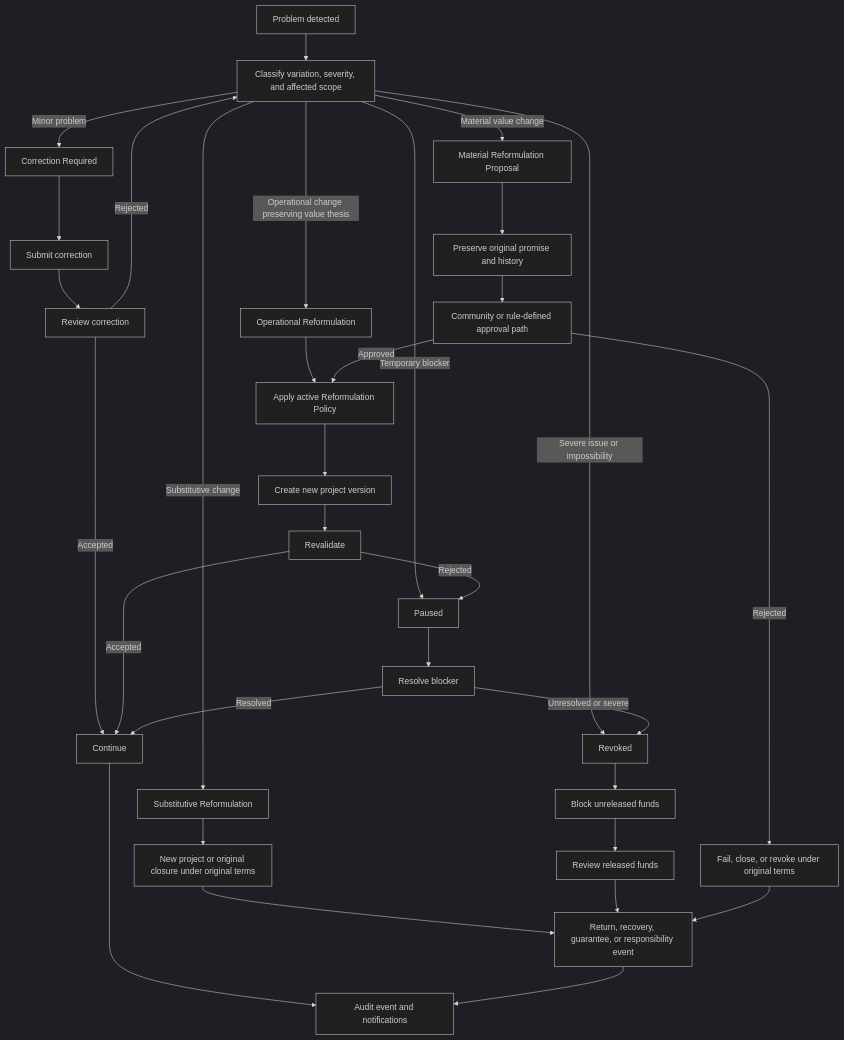
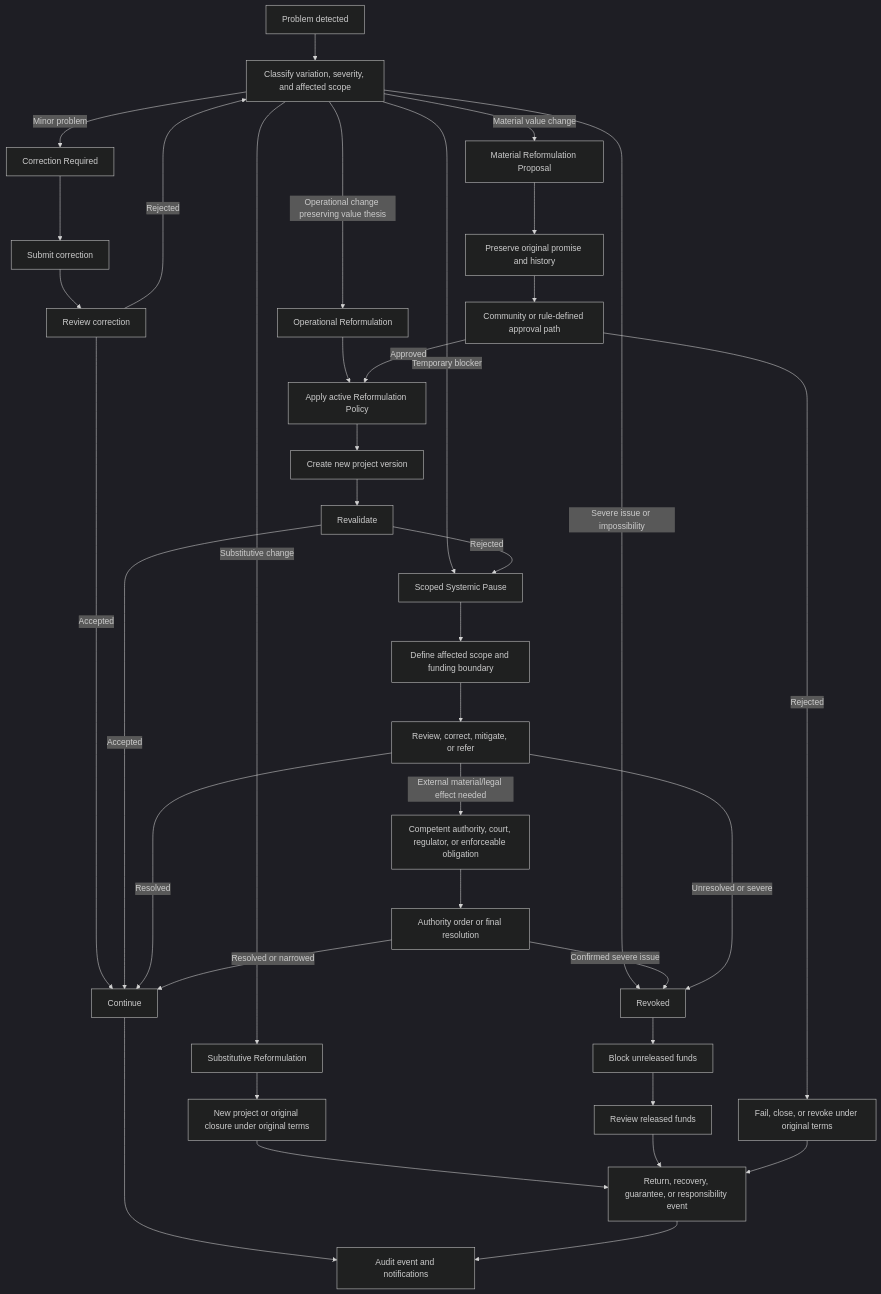
Before and after one commit to moffermann/distributed-governance-research: the diagram in docs/diagrams/v0-reformulation-pause-revocation.md, drawn with Mermaid (dark theme). The commit also changed other lines of this file and 33 other files, not shown here.

````diff
--- a/docs/diagrams/v0-reformulation-pause-revocation.md
+++ b/docs/diagrams/v0-reformulation-pause-revocation.md
@@ -9,42 +9,47 @@
 ```mermaid
 flowchart TD
     A[Problem detected] --> B[Classify variation, severity, and affected scope]
 
     B -->|Minor problem| C[Correction Required]
     B -->|Operational change preserving value thesis| D[Operational Reformulation]
     B -->|Material value change| MV[Material Reformulation Proposal]
     B -->|Substitutive change| S[Substitutive Reformulation]
-    B -->|Temporary blocker| E[Paused]
+    B -->|Temporary blocker| E[Scoped Systemic Pause]
     B -->|Severe issue or impossibility| F[Revoked]
 
     C --> C1[Submit correction]
     C1 --> C2[Review correction]
     C2 -->|Accepted| G[Continue]
     C2 -->|Rejected| B
 
     D --> DP[Apply active Reformulation Policy]
     DP --> D1[Create new project version]
     D1 --> D2[Revalidate]
     D2 -->|Accepted| G
     D2 -->|Rejected| E
 
     MV --> MV1[Preserve original promise and history]
     MV1 --> MV2[Community or rule-defined approval path]
     MV2 -->|Approved| DP
     MV2 -->|Rejected| FF[Fail, close, or revoke under original terms]
 
     S --> S1[New project or original closure under original terms]
     S1 --> F3
 
-    E --> E1[Resolve blocker]
+    E --> E0[Define affected scope and funding boundary]
+    E0 --> E1[Review, correct, mitigate, or refer]
     E1 -->|Resolved| G
+    E1 -->|External material/legal effect needed| EA[Competent authority, court, regulator, or enforceable obligation]
+    EA --> E2[Authority order or final resolution]
+    E2 -->|Resolved or narrowed| G
+    E2 -->|Confirmed severe issue| F
     E1 -->|Unresolved or severe| F
 
     F --> F1[Block unreleased funds]
     F1 --> F2[Review released funds]
     F2 --> F3[Return, recovery, guarantee, or responsibility event]
     FF --> F3
 
     G --> H[Audit event and notifications]
     F3 --> H
 ```
````
